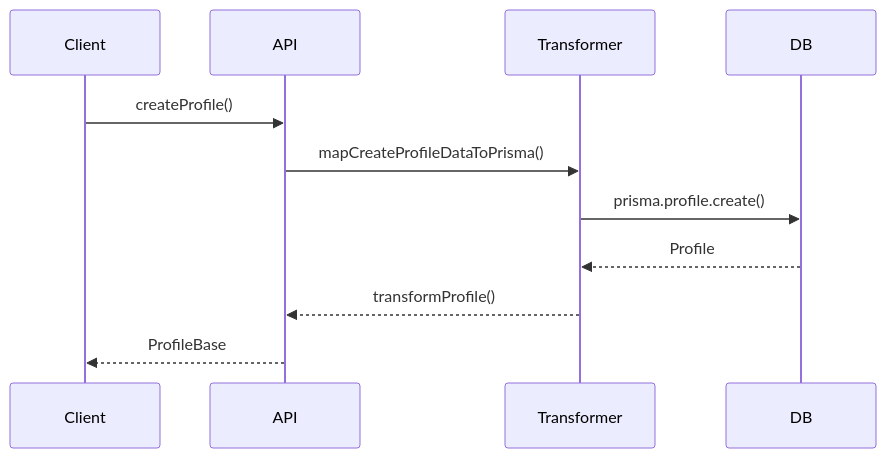
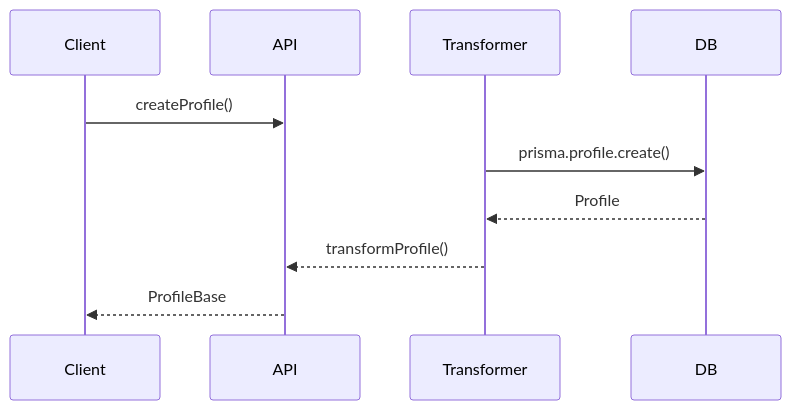
One commit to gvastethecreator/media-manager changed the second of 2 diagrams in src/types/entities/profile/documentation.md. Above: the diagram before and after it, drawn with Mermaid. The commit also changed 176 other files, not shown here.

````diff
--- a/src/types/entities/profile/documentation.md
+++ b/src/types/entities/profile/documentation.md
@@ -57,13 +57,13 @@
 ```mermaid
 sequenceDiagram
     participant Client
     participant API
     participant Transformer
     participant DB
     Client->>API: createProfile()
-    API->>Transformer: mapCreateProfileDataToPrisma()
+    
     Transformer->>DB: prisma.profile.create()
     DB-->>Transformer: Profile
     Transformer-->>API: transformProfile()
     API-->>Client: ProfileBase
 ```
````
